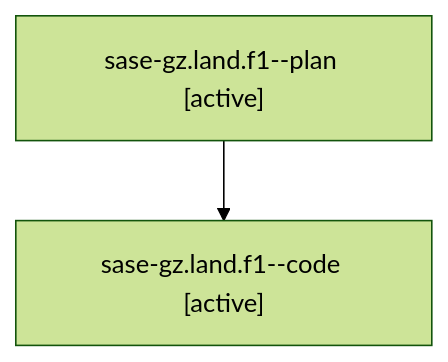
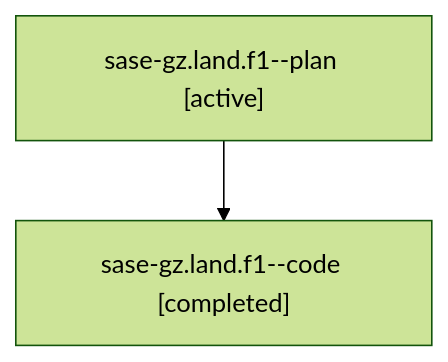
One commit to sase-org/sase--agents changed the diagram in families/bbugyi200.athena.sase-gz.land.f1.md. Above: the diagram before and after it, drawn with Mermaid (forest theme). The commit also changed other lines of this file and 4556 other files, not shown here.

````diff
--- a/families/bbugyi200.athena.sase-gz.land.f1.md
+++ b/families/bbugyi200.athena.sase-gz.land.f1.md
@@ -9,6 +9,6 @@
 ```mermaid
 flowchart TD
   n0["sase-gz.land.f1--plan [active]"]
-  n1["sase-gz.land.f1--code [active]"]
+  n1["sase-gz.land.f1--code [completed]"]
   n0 --> n1
 ```
````
